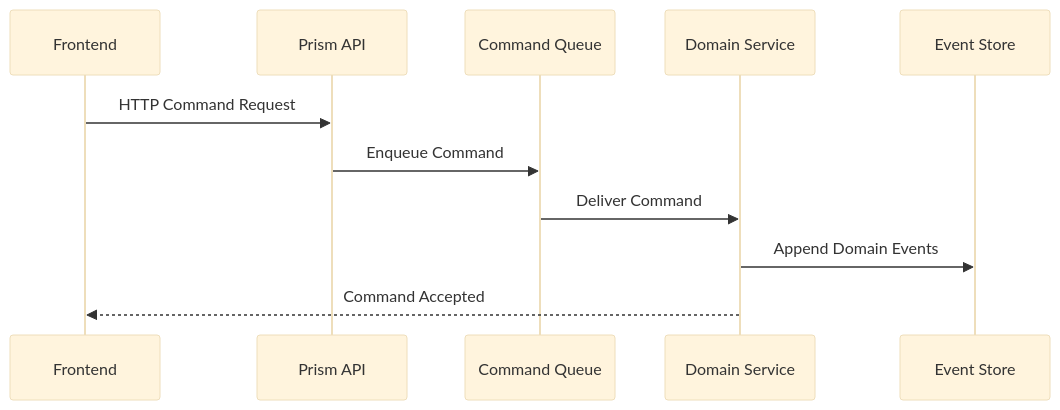
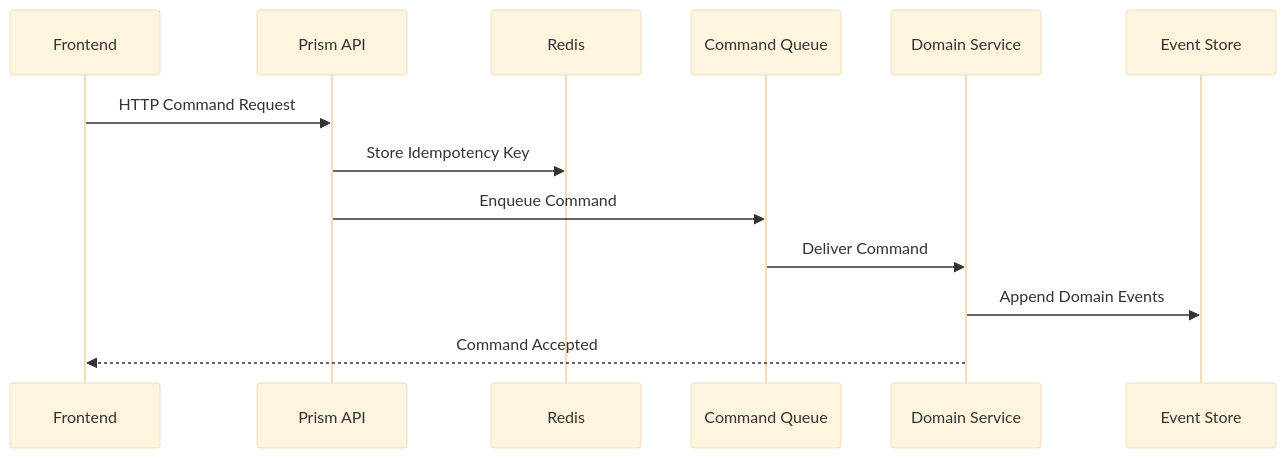
The first of 2 diagrams in docs/event_flow.md (MisterVVP/prism-plan), drawn with Mermaid (base theme) before and after one commit. The commit also changed 9 other files, not shown here.

Commit message:
chore: pass redis connection to prism-api

````diff
--- a/docs/event_flow.md
+++ b/docs/event_flow.md
@@ -7,14 +7,16 @@
 ```mermaid
 sequenceDiagram
     participant UI as Frontend
     participant API as Prism API
+    participant RS as Redis
     participant CQ as Command Queue
     participant DS as Domain Service
     participant ES as Event Store
 
     UI->>API: HTTP Command Request
+    API->>RS: Store Idempotency Key
     API->>CQ: Enqueue Command
     CQ->>DS: Deliver Command
     DS->>ES: Append Domain Events
     DS-->>UI: Command Accepted
 ```
````
